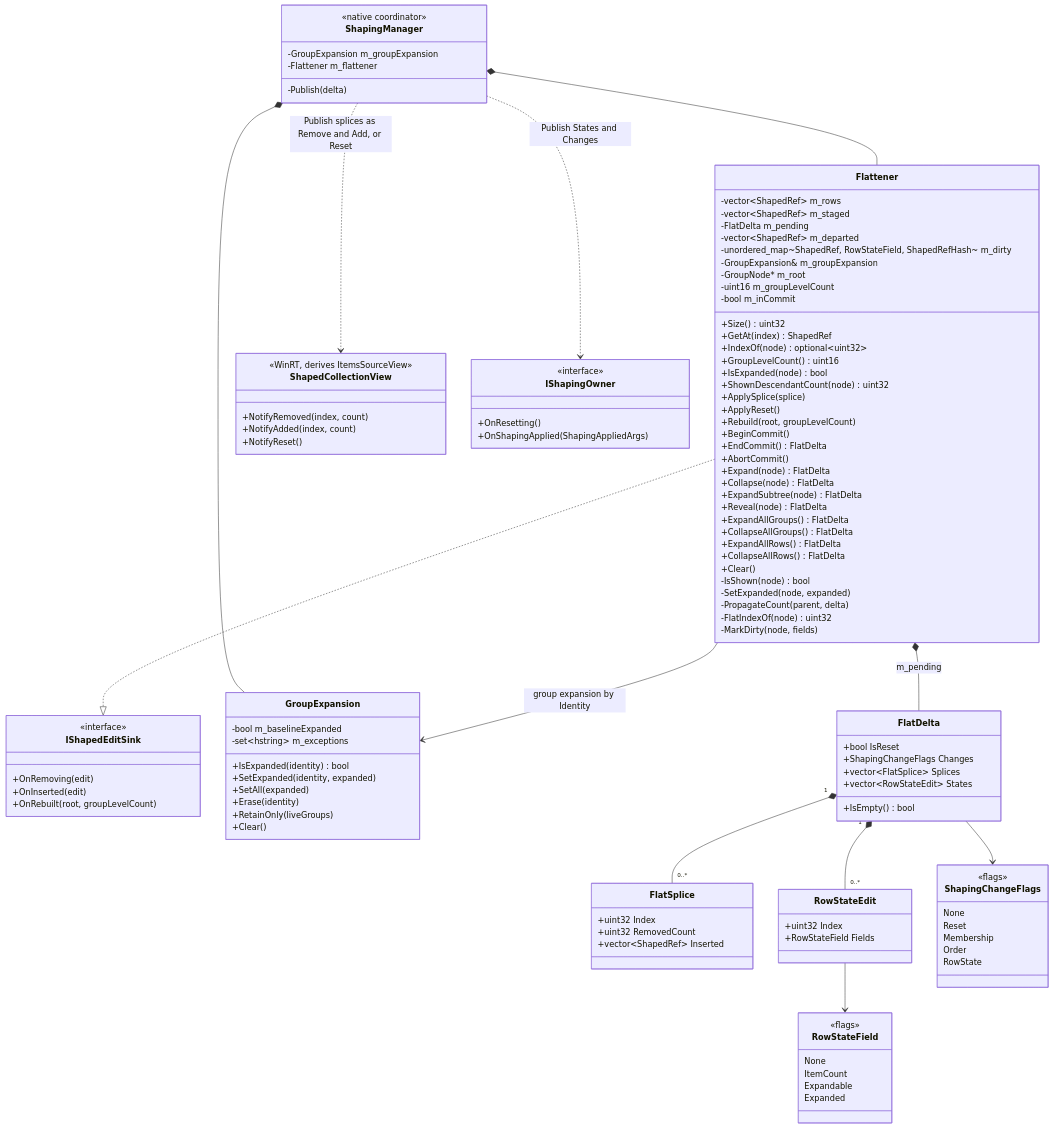
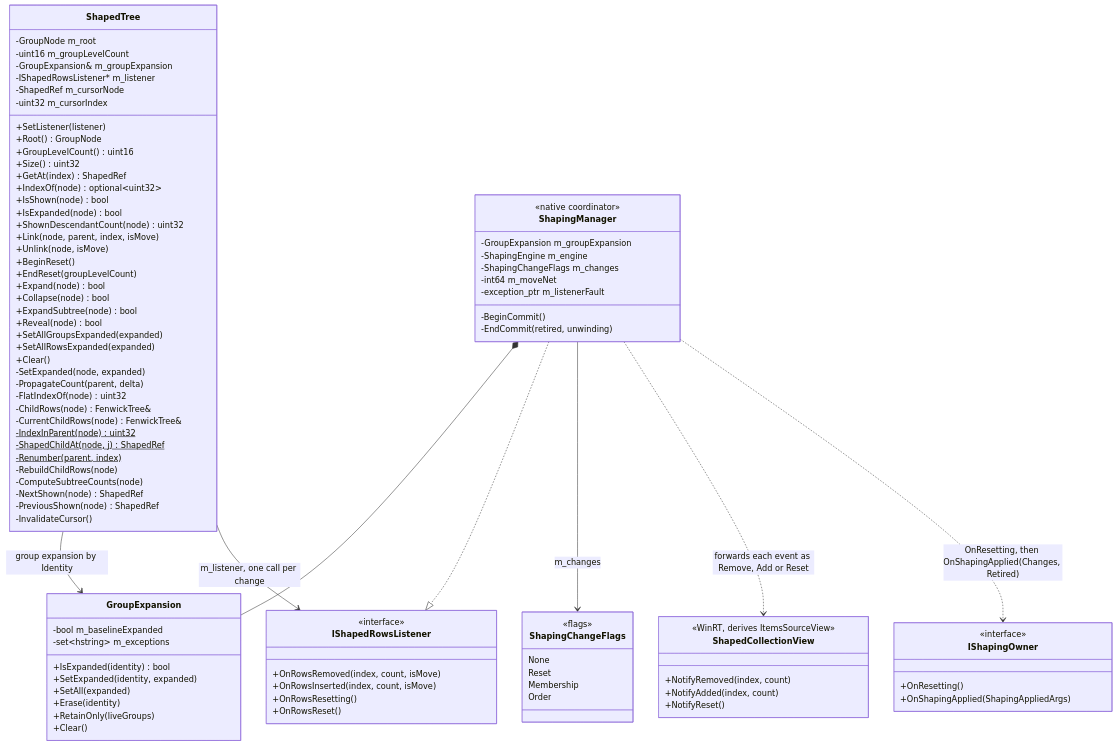
One commit to microsoft/microsoft-ui-xaml changed the fourth of 4 diagrams in docs/design-notes/TabularControls/Shaping-Architecture-Redesign.md. Above: the diagram before and after it, drawn with Mermaid. The commit also changed other lines of this file and 18 other files, not shown here.

First line of the commit message:
TableViewSource2: replace Flattener with ShapedTree, merge RebuildStage into ShapeDelta

````diff
--- a/docs/design-notes/TabularControls/Shaping-Architecture-Redesign.md
+++ b/docs/design-notes/TabularControls/Shaping-Architecture-Redesign.md
@@ -747,53 +735,62 @@
     class ShapingManager {
         <<native coordinator>>
         -GroupExpansion m_groupExpansion
-        -Flattener m_flattener
-        -Publish(delta)
+        -ShapingEngine m_engine
+        -ShapingChangeFlags m_changes
+        -int64 m_moveNet
+        -exception_ptr m_listenerFault
+        -BeginCommit()
+        -EndCommit(retired, unwinding)
     }
 
-    class IShapedEditSink {
+    class IShapedRowsListener {
         <<interface>>
-        +OnRemoving(edit)
-        +OnInserted(edit)
-        +OnRebuilt(root, groupLevelCount)
+        +OnRowsRemoved(index, count, isMove)
+        +OnRowsInserted(index, count, isMove)
+        +OnRowsResetting()
+        +OnRowsReset()
     }
 
-    class Flattener {
-        -vector~ShapedRef~ m_rows
-        -vector~ShapedRef~ m_staged
-        -FlatDelta m_pending
-        -vector~ShapedRef~ m_departed
-        -unordered_map~ShapedRef, RowStateField, ShapedRefHash~ m_dirty
+    class ShapedTree {
+        -GroupNode m_root
+        -uint16 m_groupLevelCount
         -GroupExpansion& m_groupExpansion
-        -GroupNode* m_root
-        -uint16 m_groupLevelCount
-        -bool m_inCommit
+        -IShapedRowsListener* m_listener
+        -ShapedRef m_cursorNode
+        -uint32 m_cursorIndex
+        +SetListener(listener)
+        +Root() GroupNode
+        +GroupLevelCount() uint16
         +Size() uint32
         +GetAt(index) ShapedRef
         +IndexOf(node) optional~uint32~
-        +GroupLevelCount() uint16
+        +IsShown(node) bool
         +IsExpanded(node) bool
         +ShownDescendantCount(node) uint32
-        +ApplySplice(splice)
-        +ApplyReset()
-        +Rebuild(root, groupLevelCount)
-        +BeginCommit()
-        +EndCommit() FlatDelta
-        +AbortCommit()
-        +Expand(node) FlatDelta
-        +Collapse(node) FlatDelta
-        +ExpandSubtree(node) FlatDelta
-        +Reveal(node) FlatDelta
-        +ExpandAllGroups() FlatDelta
-        +CollapseAllGroups() FlatDelta
-        +ExpandAllRows() FlatDelta
-        +CollapseAllRows() FlatDelta
+        +Link(node, parent, index, isMove)
+        +Unlink(node, isMove)
+        +BeginReset()
+        +EndReset(groupLevelCount)
+        +Expand(node) bool
+        +Collapse(node) bool
+        +ExpandSubtree(node) bool
+        +Reveal(node) bool
+        +SetAllGroupsExpanded(expanded)
+        +SetAllRowsExpanded(expanded)
         +Clear()
-        -IsShown(node) bool
         -SetExpanded(node, expanded)
         -PropagateCount(parent, delta)
         -FlatIndexOf(node) uint32
-        -MarkDirty(node, fields)
+        -ChildRows(node) FenwickTree&
+        -CurrentChildRows(node) FenwickTree&
+        -IndexInParent(node)$ uint32
+        -ShapedChildAt(node, j)$ ShapedRef
+        -Renumber(parent, index)$
+        -RebuildChildRows(node)
+        -ComputeSubtreeCounts(node)
+        -NextShown(node) ShapedRef
+        -PreviousShown(node) ShapedRef
+        -InvalidateCursor()
     }
 
     class GroupExpansion {
@@ -807,40 +804,12 @@
         +Clear()
     }
 
-    class FlatDelta {
-        +bool IsReset
-        +ShapingChangeFlags Changes
-        +vector~FlatSplice~ Splices
-        +vector~RowStateEdit~ States
-        +IsEmpty() bool
-    }
-
-    class FlatSplice {
-        +uint32 Index
-        +uint32 RemovedCount
-        +vector~ShapedRef~ Inserted
-    }
-
-    class RowStateEdit {
-        +uint32 Index
-        +RowStateField Fields
-    }
-
-    class RowStateField {
-        <<flags>>
-        None
-        ItemCount
-        Expandable
-        Expanded
-    }
-
     class ShapingChangeFlags {
         <<flags>>
         None
         Reset
         Membership
         Order
-        RowState
     }
 
     class ShapedCollectionView {
@@ -856,15 +825,11 @@
         +OnShapingApplied(ShapingAppliedArgs)
     }
 
-    ShapingManager *-- Flattener
     ShapingManager *-- GroupExpansion
-    Flattener ..|> IShapedEditSink
-    Flattener --> GroupExpansion : group expansion by Identity
-    Flattener *-- FlatDelta : m_pending
-    FlatDelta "1" *-- "0..*" FlatSplice
-    FlatDelta "1" *-- "0..*" RowStateEdit
-    FlatDelta --> ShapingChangeFlags
-    RowStateEdit --> RowStateField
-    ShapingManager ..> ShapedCollectionView : Publish splices as Remove and Add, or Reset
-    ShapingManager ..> IShapingOwner : Publish States and Changes
+    ShapingManager ..|> IShapedRowsListener
+    ShapedTree --> GroupExpansion : group expansion by Identity
+    ShapedTree --> IShapedRowsListener : m_listener, one call per change
+    ShapingManager --> ShapingChangeFlags : m_changes
+    ShapingManager ..> ShapedCollectionView : forwards each event as Remove, Add or Reset
+    ShapingManager ..> IShapingOwner : OnResetting, then OnShapingApplied(Changes, Retired)
 ```
````
